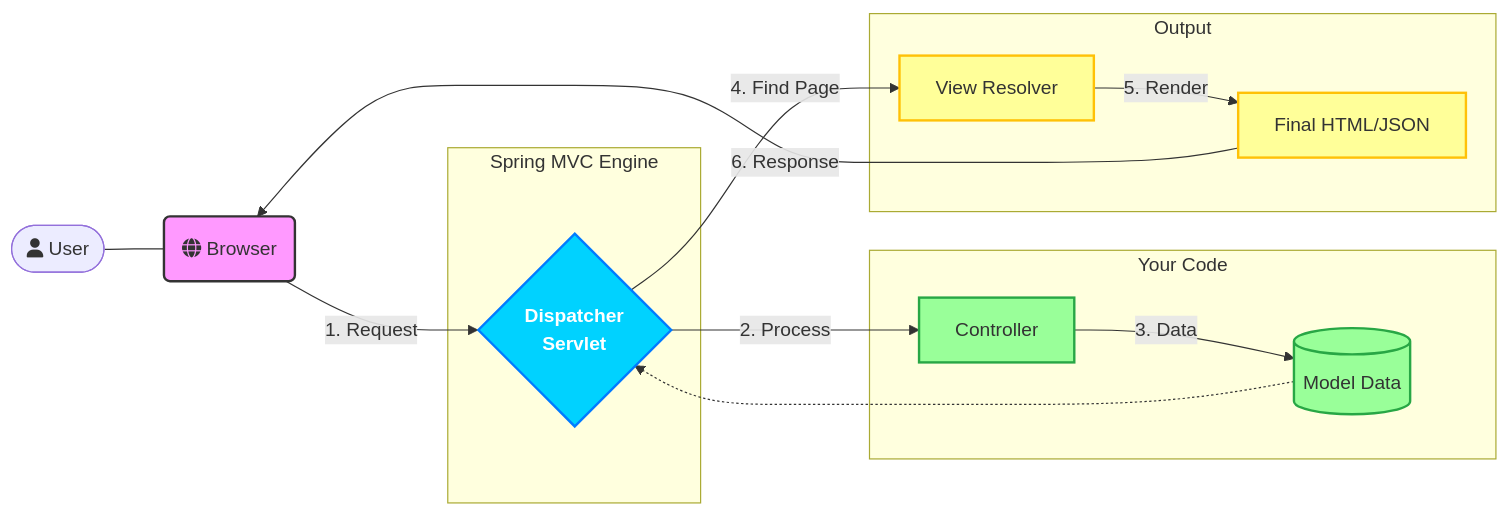
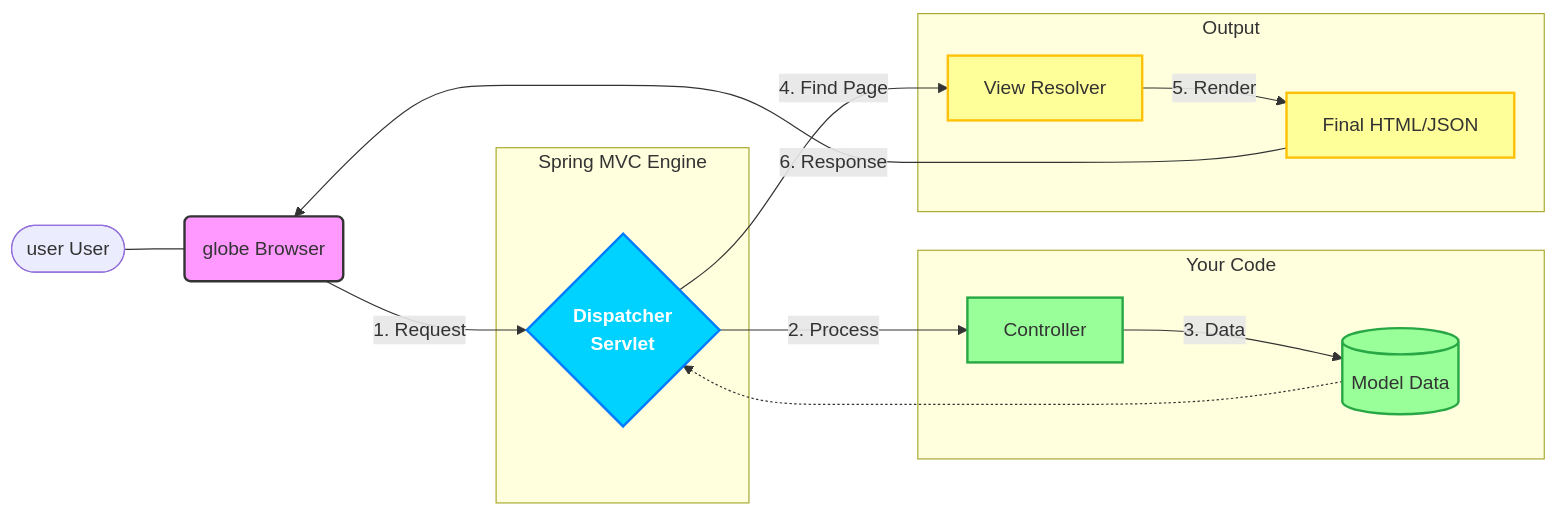
One commit to NarsingPendharkar/my-notes changed the diagram in spring_mvc_boot.md. Above: the diagram before and after it, drawn with Mermaid. The commit also changed other lines of this file and 1 other file, not shown here.

````diff
--- a/spring_mvc_boot.md
+++ b/spring_mvc_boot.md
@@ -555,41 +555,41 @@
 ```mermaid
 flowchart LR
     %% Define Styles
     classDef browser fill:#f9f,stroke:#333,stroke-width:2px;
     classDef core fill:#00d2ff,stroke:#007bff,stroke-width:2px,color:#fff,font-weight:bold;
     classDef logic fill:#99ff99,stroke:#28a745,stroke-width:2px;
     classDef view fill:#ffff99,stroke:#ffc107,stroke-width:2px;
 
     %% Diagram Nodes
-    User([fa:fa-user User]) --- Browser(fa:fa-globe Browser)
+    User([user User]) --- Browser(globe Browser)
     
     subgraph Spring_Core [Spring MVC Engine]
         DS{Dispatcher<br/>Servlet}
     end
 
     subgraph App_Logic [Your Code]
         CTRL[Controller]
         Model[(Model Data)]
     end
 
     subgraph Rendering [Output]
         VR[View Resolver]
         Page[Final HTML/JSON]
     end
 
     %% Flow Connections
     Browser -- "1. Request" --> DS
     DS -- "2. Process" --> CTRL
     CTRL -- "3. Data" --> Model
     Model -.-> DS
     DS -- "4. Find Page" --> VR
     VR -- "5. Render" --> Page
     Page -- "6. Response" --> Browser
 
     %% Apply Styles
     class Browser browser;
     class DS core;
     class CTRL,Model logic;
     class VR,Page view;
 
 ```
````
